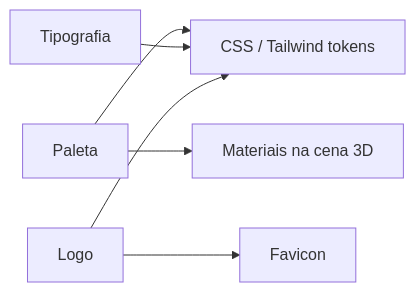
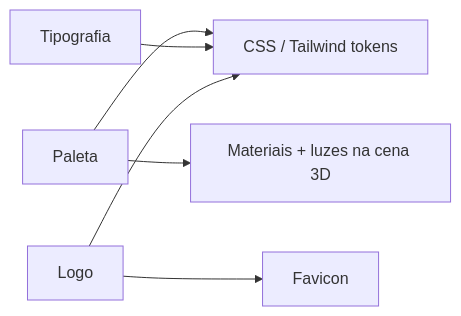
Before and after one commit to rafafrd/LP-with-VR: the diagram in docs/vault/04-Design-e-UX/Identidade-Visual.md, drawn with Mermaid. The commit also changed other lines of this file and 30 other files, not shown here.

````diff
--- a/docs/vault/04-Design-e-UX/Identidade-Visual.md
+++ b/docs/vault/04-Design-e-UX/Identidade-Visual.md
@@ -33,8 +69,8 @@
 ```mermaid
 flowchart LR
     Paleta --> DOM[CSS / Tailwind tokens]
-    Paleta --> R3D[Materiais na cena 3D]
+    Paleta --> R3D[Materiais + luzes na cena 3D]
     Tipografia --> DOM
     Logo --> Favicon
     Logo --> DOM
 ```
````
